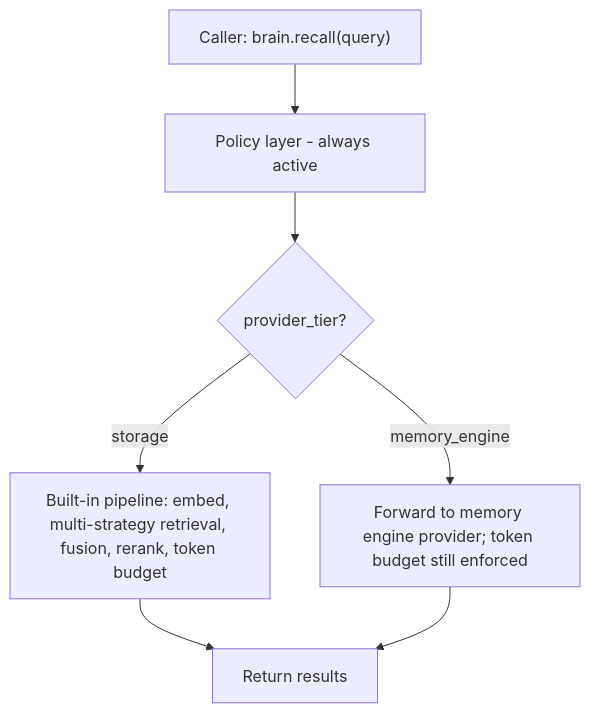
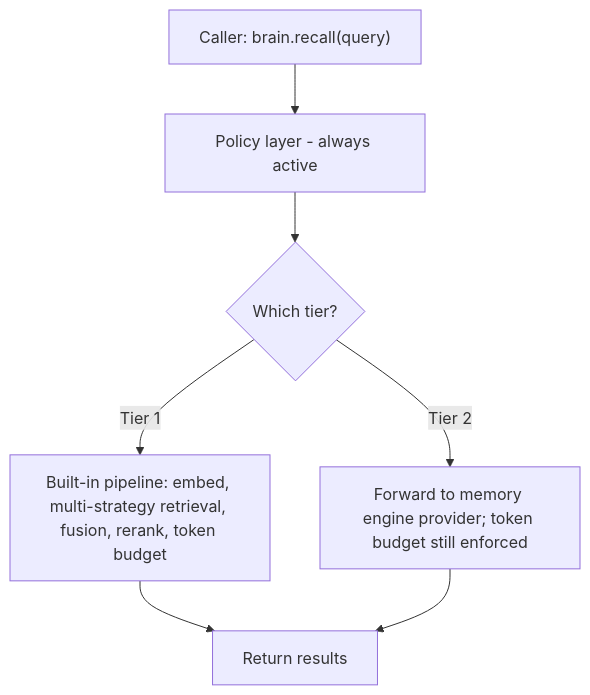
The first of 6 diagrams in docs/_design/architecture-framework.md (AstrocyteAI/astrocyte), drawn with Mermaid before and after one commit. The commit also changed other lines of this file and 25 other files, not shown here.

Commit message:
multi-bank recall, hybrid tier-2 and tier-1, tests and docs update

````diff
--- a/docs/_design/architecture-framework.md
+++ b/docs/_design/architecture-framework.md
@@ -80,9 +99,9 @@
 ```mermaid
 flowchart TD
   C["Caller: brain.recall(query)"] --> PL["Policy layer - always active"]
-  PL --> T{provider_tier?}
-  T -->|storage| S["Built-in pipeline: embed, multi-strategy retrieval, fusion, rerank, token budget"]
-  T -->|memory_engine| E["Forward to memory engine provider; token budget still enforced"]
+  PL --> T{Which tier?}
+  T -->|Tier 1| S["Built-in pipeline: embed, multi-strategy retrieval, fusion, rerank, token budget"]
+  T -->|Tier 2| E["Forward to memory engine provider; token budget still enforced"]
   S --> R["Return results"]
   E --> R
 ```
````
